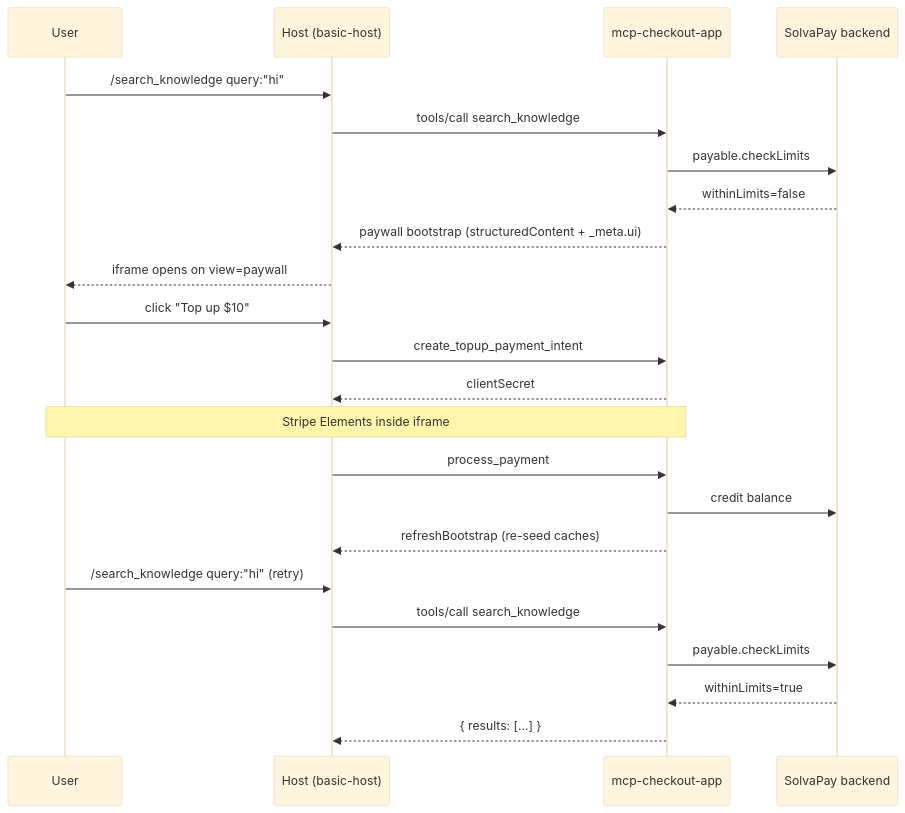
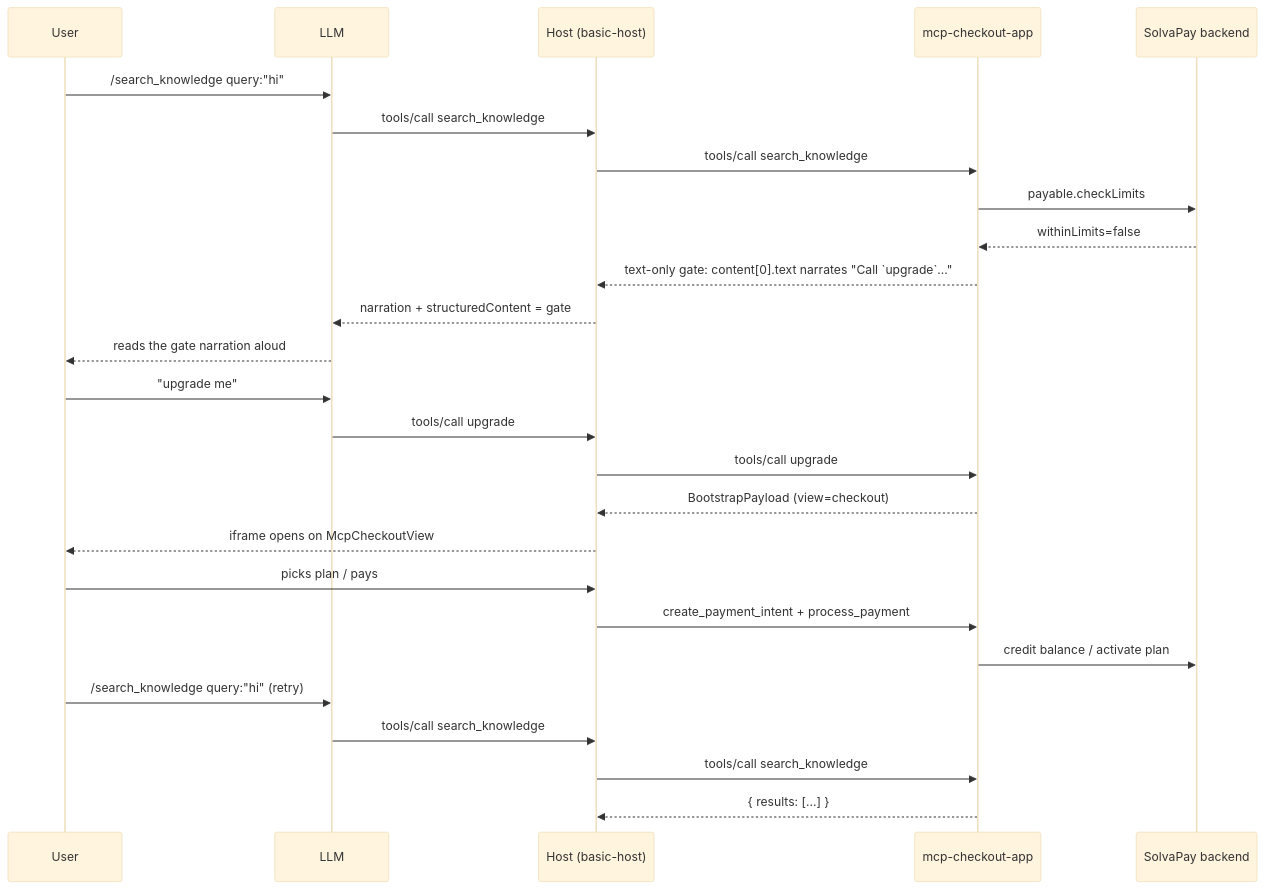
Before and after one commit to solvapay/solvapay-sdk: the third of 3 diagrams in examples/mcp-checkout-app/README.md, drawn with Mermaid (base theme). The commit also changed other lines of this file and 42 other files, not shown here.

````diff
--- a/examples/mcp-checkout-app/README.md
+++ b/examples/mcp-checkout-app/README.md
@@ -379,28 +365,32 @@
 ```mermaid
 sequenceDiagram
   participant U as User
+  participant LLM as LLM
   participant H as Host (basic-host)
   participant S as mcp-checkout-app
   participant SP as SolvaPay backend
 
-  U->>H: /search_knowledge query:"hi"
+  U->>LLM: /search_knowledge query:"hi"
+  LLM->>H: tools/call search_knowledge
   H->>S: tools/call search_knowledge
   S->>SP: payable.checkLimits
   SP-->>S: withinLimits=false
-  S-->>H: paywall bootstrap (structuredContent + _meta.ui)
-  H-->>U: iframe opens on view=paywall
+  S-->>H: text-only gate: content[0].text narrates "Call `upgrade`..."
+  H-->>LLM: narration + structuredContent = gate
+  LLM-->>U: reads the gate narration aloud
 
-  U->>H: click "Top up $10"
-  H->>S: create_topup_payment_intent
-  S-->>H: clientSecret
-  Note over U,S: Stripe Elements inside iframe
-  H->>S: process_payment
-  S->>SP: credit balance
-  S-->>H: refreshBootstrap (re-seed caches)
+  U->>LLM: "upgrade me"
+  LLM->>H: tools/call upgrade
+  H->>S: tools/call upgrade
+  S-->>H: BootstrapPayload (view=checkout)
+  H-->>U: iframe opens on McpCheckoutView
 
-  U->>H: /search_knowledge query:"hi" (retry)
+  U->>H: picks plan / pays
+  H->>S: create_payment_intent + process_payment
+  S->>SP: credit balance / activate plan
+
+  U->>LLM: /search_knowledge query:"hi" (retry)
+  LLM->>H: tools/call search_knowledge
   H->>S: tools/call search_knowledge
-  S->>SP: payable.checkLimits
-  SP-->>S: withinLimits=true
   S-->>H: { results: [...] }
 ```
````
